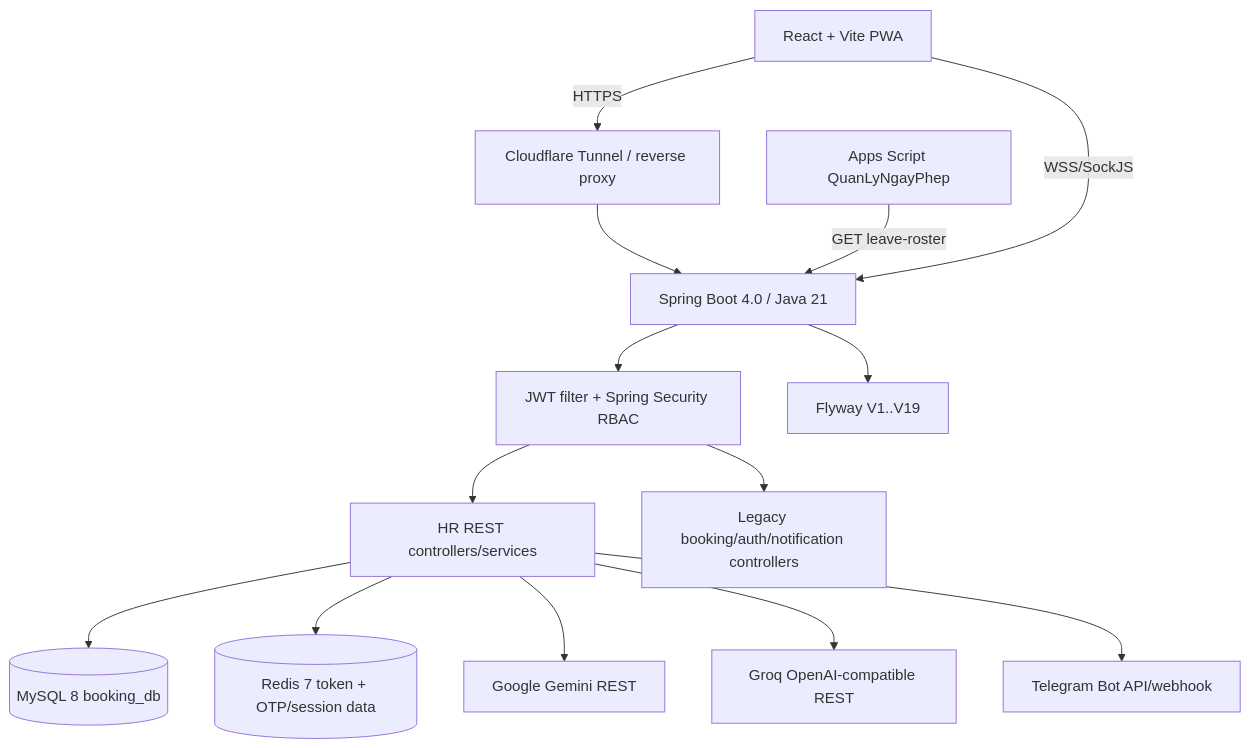
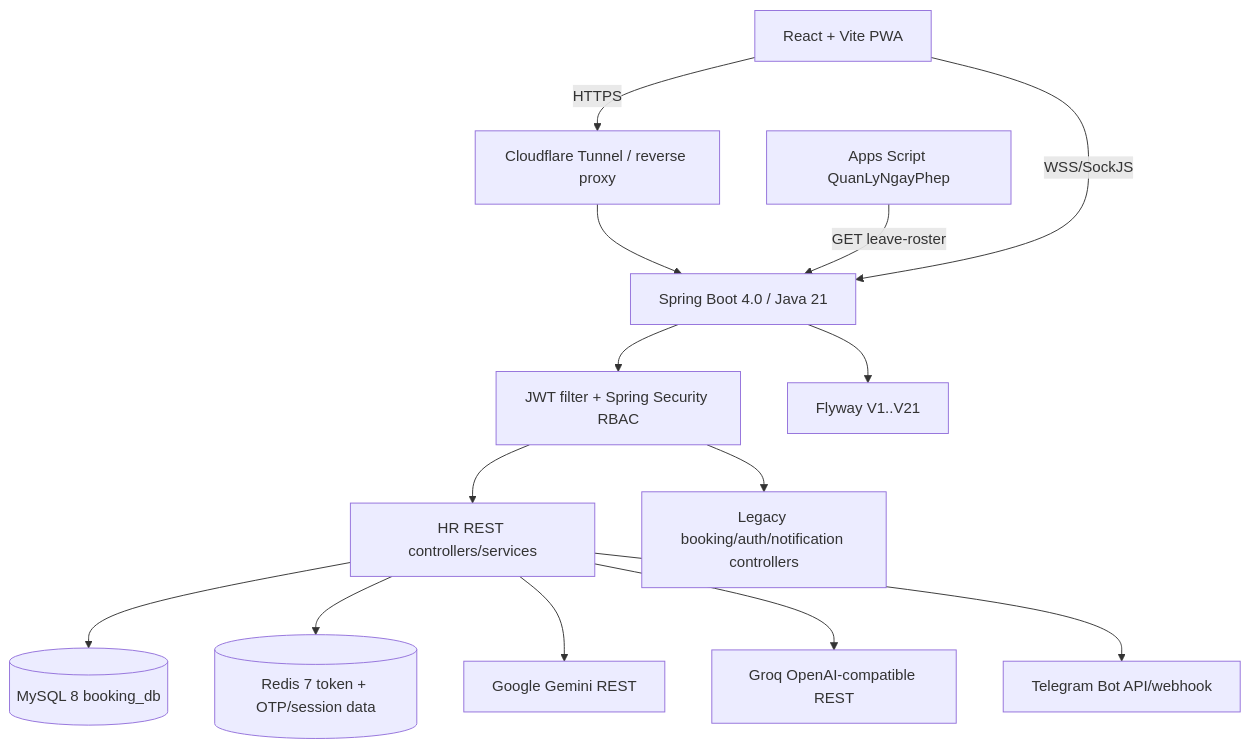
One commit to ThuanNgcodelor/CFCBase changed the diagram in documents/PROJECT_MASTER_CONTEXT.md. Above: the diagram before and after it, drawn with Mermaid. The commit also changed other lines of this file and 49 other files, not shown here.

````diff
--- a/documents/PROJECT_MASTER_CONTEXT.md
+++ b/documents/PROJECT_MASTER_CONTEXT.md
@@ -25,16 +25,16 @@
 ```mermaid
 flowchart TB
     Browser[React + Vite PWA] -->|HTTPS| Tunnel[Cloudflare Tunnel / reverse proxy]
     Tunnel --> Backend[Spring Boot 4.0 / Java 21]
     Backend --> Security[JWT filter + Spring Security RBAC]
     Security --> HR[HR REST controllers/services]
     Security --> Legacy[Legacy booking/auth/notification controllers]
     HR --> MySQL[(MySQL 8 booking_db)]
     HR --> Redis[(Redis 7 token + OTP/session data)]
-    Backend --> Flyway[Flyway V1..V19]
+    Backend --> Flyway[Flyway V1..V21]
     HR --> Gemini[Google Gemini REST]
     HR --> Groq[Groq OpenAI-compatible REST]
     HR --> Telegram[Telegram Bot API/webhook]
     AppScript[Apps Script QuanLyNgayPhep] -->|GET leave-roster| Backend
     Browser -->|WSS/SockJS| Backend
 ```
````
